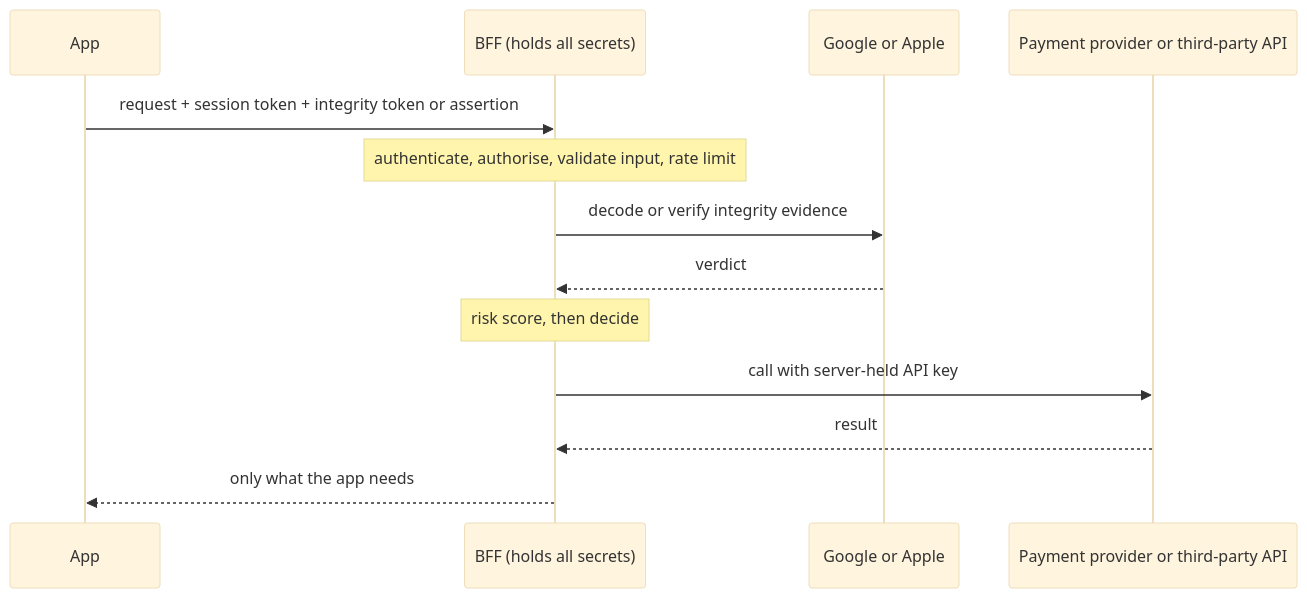
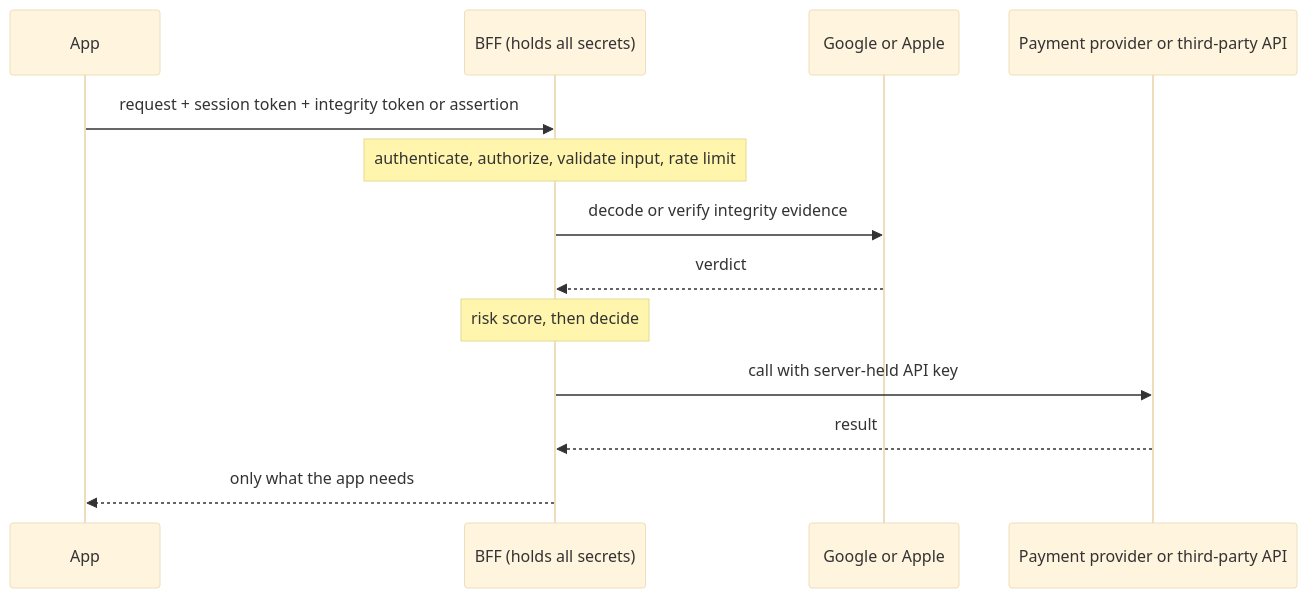
One commit to hossam9k/mobile-app-security changed the fourth of 5 diagrams in book/04-proving-who-is-calling.md. Above: the diagram before and after it, drawn with Mermaid (base theme). The commit also changed other lines of this file and 51 other files, not shown here.

````diff
--- a/book/04-proving-who-is-calling.md
+++ b/book/04-proving-who-is-calling.md
@@ -1077,15 +1084,15 @@
 ```mermaid
 sequenceDiagram
     participant App
     participant BFF as BFF (holds all secrets)
     participant G as Google or Apple
     participant Up as Payment provider or third-party API
     App->>BFF: request + session token + integrity token or assertion
-    Note over BFF: authenticate, authorise, validate input, rate limit
+    Note over BFF: authenticate, authorize, validate input, rate limit
     BFF->>G: decode or verify integrity evidence
     G-->>BFF: verdict
     Note over BFF: risk score, then decide
     BFF->>Up: call with server-held API key
     Up-->>BFF: result
     BFF-->>App: only what the app needs
 ```
````
